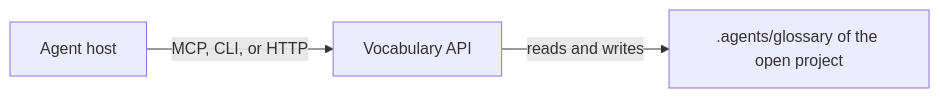
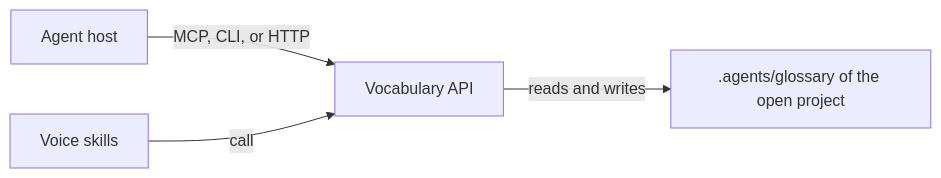
The diagram in ARCHITECTURE.md (jimmyandrade/harness), drawn with Mermaid before and after one commit. The commit also changed other lines of this file and 14 other files, not shown here.

First line of the commit message:
feat: add the skills that register terms and write in the project voice (#2)

````diff
--- a/ARCHITECTURE.md
+++ b/ARCHITECTURE.md
@@ -28,5 +30,6 @@
 ```mermaid
 flowchart LR
   host["Agent host"] -- "MCP, CLI, or HTTP" --> api["Vocabulary API"]
+  skills["Voice skills"] -- "call" --> api
   api -- "reads and writes" --> glossary[".agents/glossary of the open project"]
 ```
````
